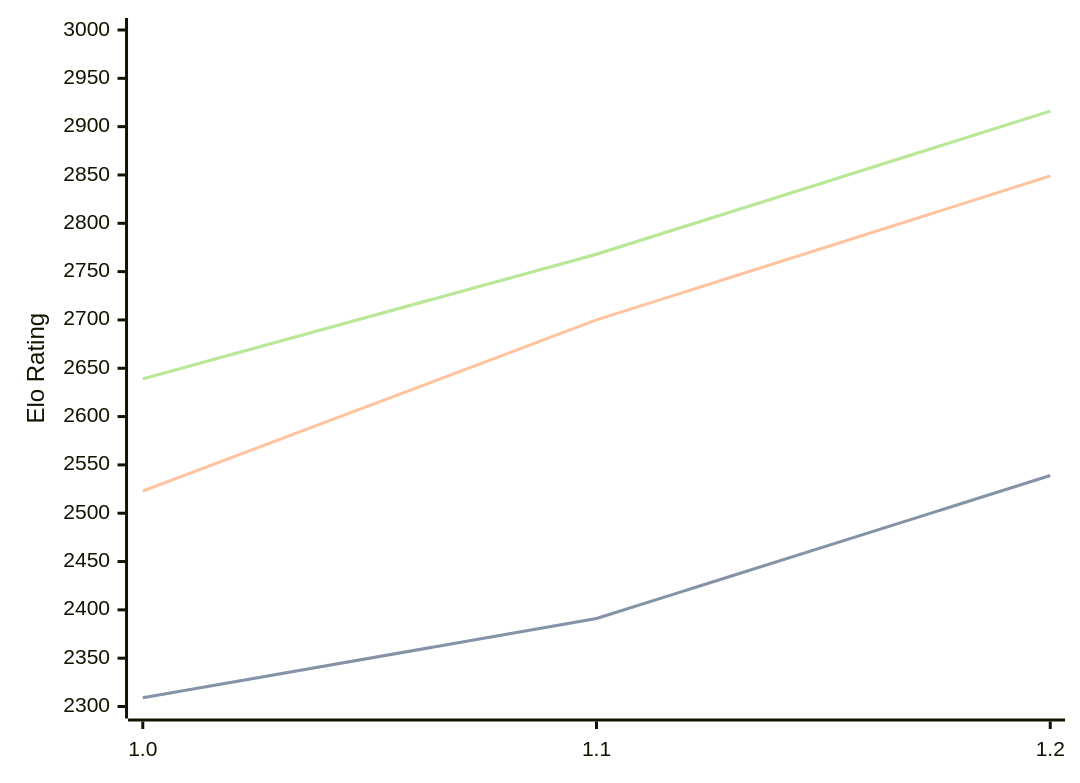
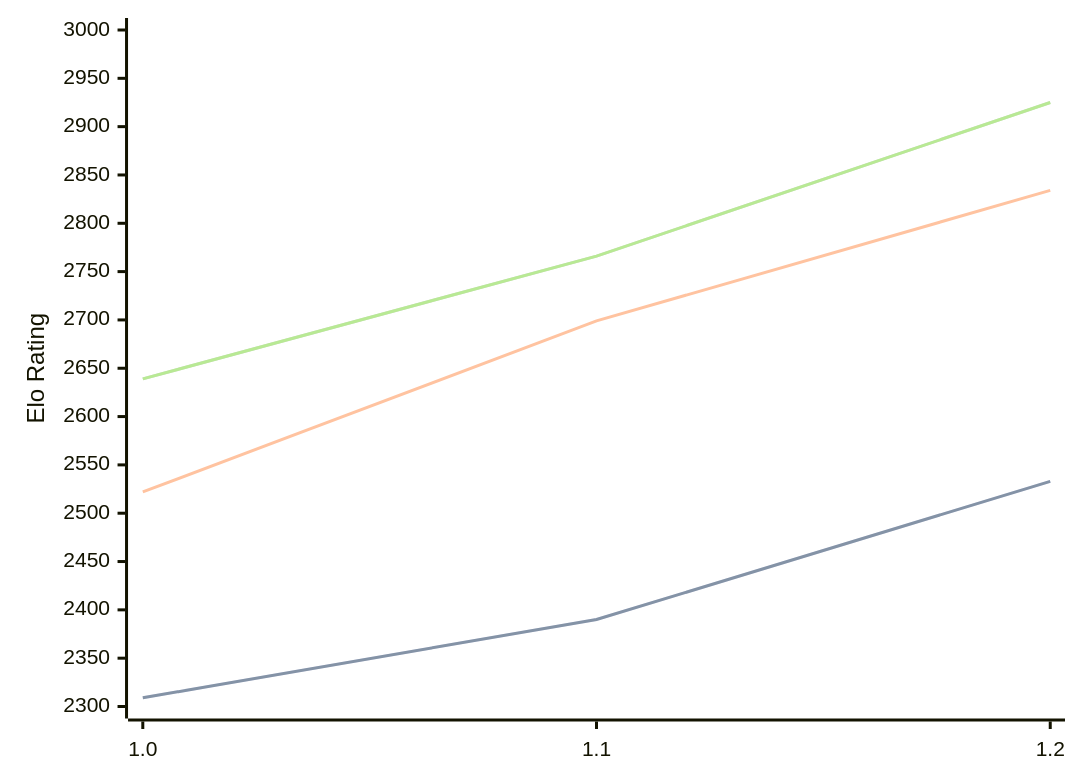
Before and after one commit to computer-chess-index/cci: the first of 3 diagrams in engines/FoxChess.md, drawn with Mermaid. The commit also changed other lines of this file, not shown here.

Commit message:
Update CCI Ratings (ELO VLTC) - 2026-06-26

````diff
--- a/engines/FoxChess.md
+++ b/engines/FoxChess.md
@@ -33,11 +33,11 @@
 ```mermaid
 %%{init: {"theme":"base","themeVariables":{"seriesColors:['#a3a3a3','#222221','#faa371']}}}%%
 xychart-beta
   x-axis ["1.0", "1.1", "1.2"]
   y-axis "Elo Rating" 2300 --> 3000
-  line "STC (8.0+0.08s)" [2309, 2391, 2539]
-  line "STC (8.0+0.08s)" [2309, 2391, 2539]
-  line "LTC (60.0+0.60s)" [2523, 2700, 2849]
-  line "VLTC (2m24s+1.12s)" [2639, 2768, 2916]
-  line "VLTC (2m24s+1.12s)" [2639, 2768, 2916]
+  line "STC (8.0+0.08s)" [2309, 2390, 2533]
+  line "STC (8.0+0.08s)" [2309, 2390, 2533]
+  line "LTC (60.0+0.60s)" [2522, 2699, 2834]
+  line "VLTC (2m24s+1.12s)" [2639, 2766, 2925]
+  line "VLTC (2m24s+1.12s)" [2639, 2766, 2925]
 ```
````
